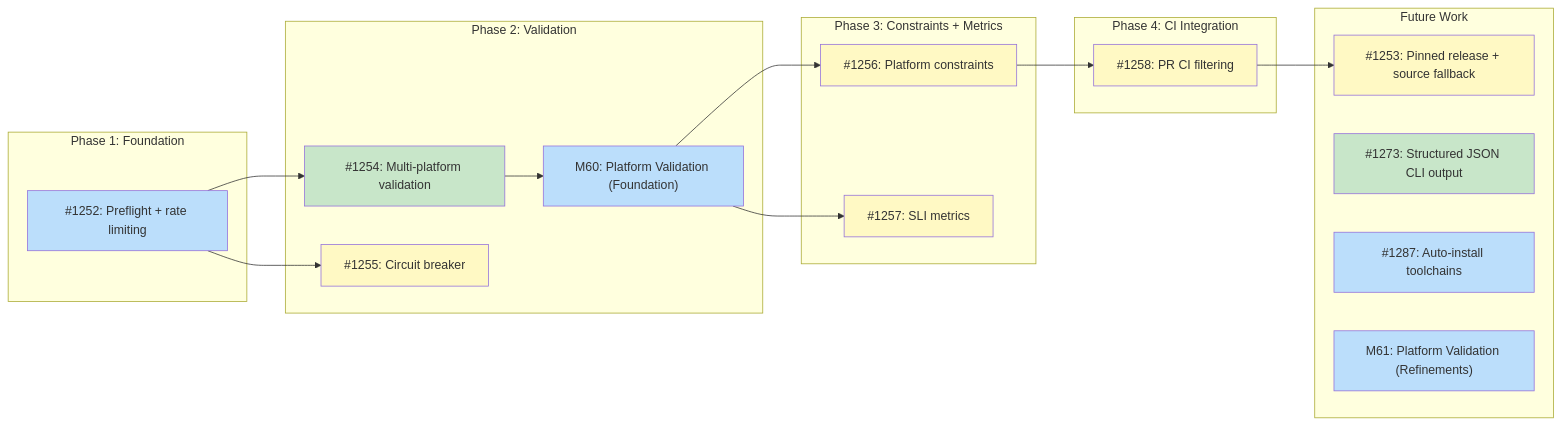
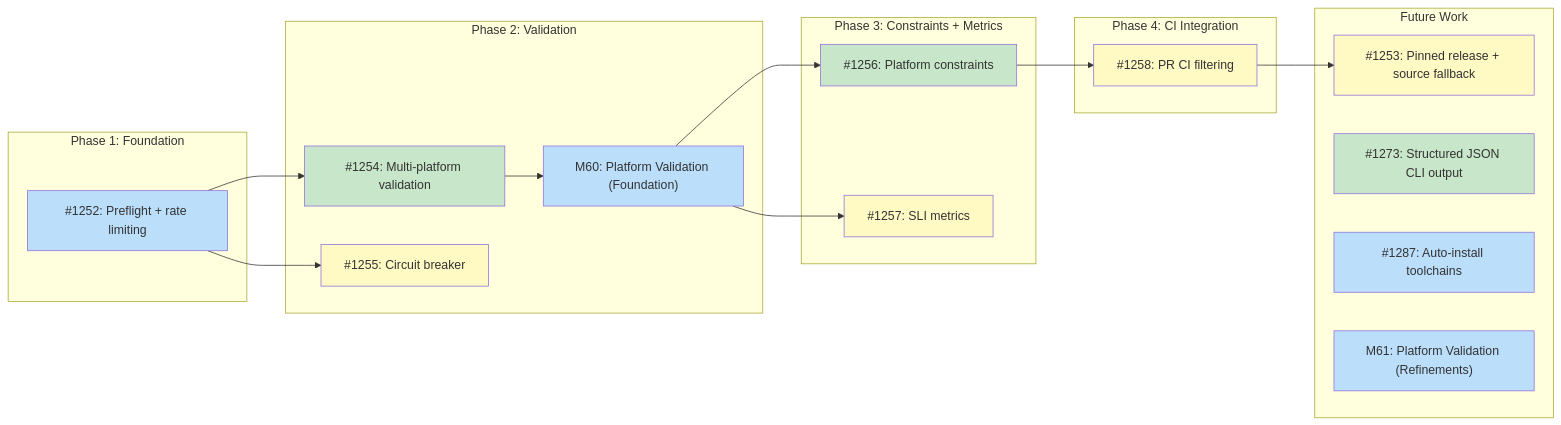
Before and after one commit to tsukumogami/tsuku: the diagram in docs/designs/DESIGN-batch-recipe-generation.md, drawn with Mermaid. The commit also changed other lines of this file and 2 other files, not shown here.

Commit message:
fix(ci): add frontmatter, strikethrough #1256, remove wip artifacts
Add required YAML frontmatter to DESIGN-merge-job-completion.md.
Mark #1256 as done in DESIGN-batch-recipe-generation.md table and
diagram. Remove wip/explore_summary.md to pass artifact check.

````diff
--- a/docs/designs/DESIGN-batch-recipe-generation.md
+++ b/docs/designs/DESIGN-batch-recipe-generation.md
@@ -32,48 +32,49 @@
 ```mermaid
 graph LR
     subgraph Phase1["Phase 1: Foundation"]
         I1252["#1252: Preflight + rate limiting"]
     end
 
     subgraph Phase2["Phase 2: Validation"]
         I1254["#1254: Multi-platform validation"]
         I1255["#1255: Circuit breaker"]
         M60["M60: Platform Validation (Foundation)"]
     end
 
     subgraph Phase3["Phase 3: Constraints + Metrics"]
         I1256["#1256: Platform constraints"]
         I1257["#1257: SLI metrics"]
     end
 
     subgraph Phase4["Phase 4: CI Integration"]
         I1258["#1258: PR CI filtering"]
     end
 
     subgraph Future["Future Work"]
         I1253["#1253: Pinned release + source fallback"]
         I1273["#1273: Structured JSON CLI output"]
         I1287["#1287: Auto-install toolchains"]
         M61["M61: Platform Validation (Refinements)"]
     end
 
     I1252 --> I1254
     I1252 --> I1255
     I1254 --> M60
     M60 --> I1256
     M60 --> I1257
     I1256 --> I1258
     I1258 --> I1253
 
     classDef done fill:#c8e6c9
     classDef ready fill:#bbdefb
     classDef blocked fill:#fff9c4
     classDef needsDesign fill:#e1bee7
 
     class I1252 ready
     class I1253 blocked
     class I1254,I1273 done
     class I1252,I1287,M61 ready
     class M60 ready
-    class I1255,I1256,I1257,I1258 blocked
+    class I1256 done
+    class I1255,I1257,I1258 blocked
 ```
````
